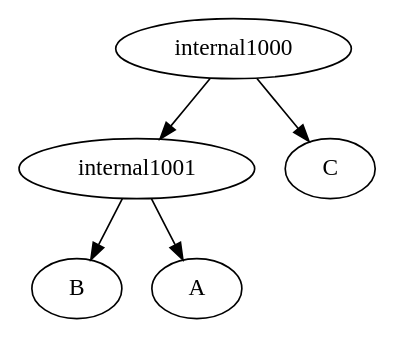
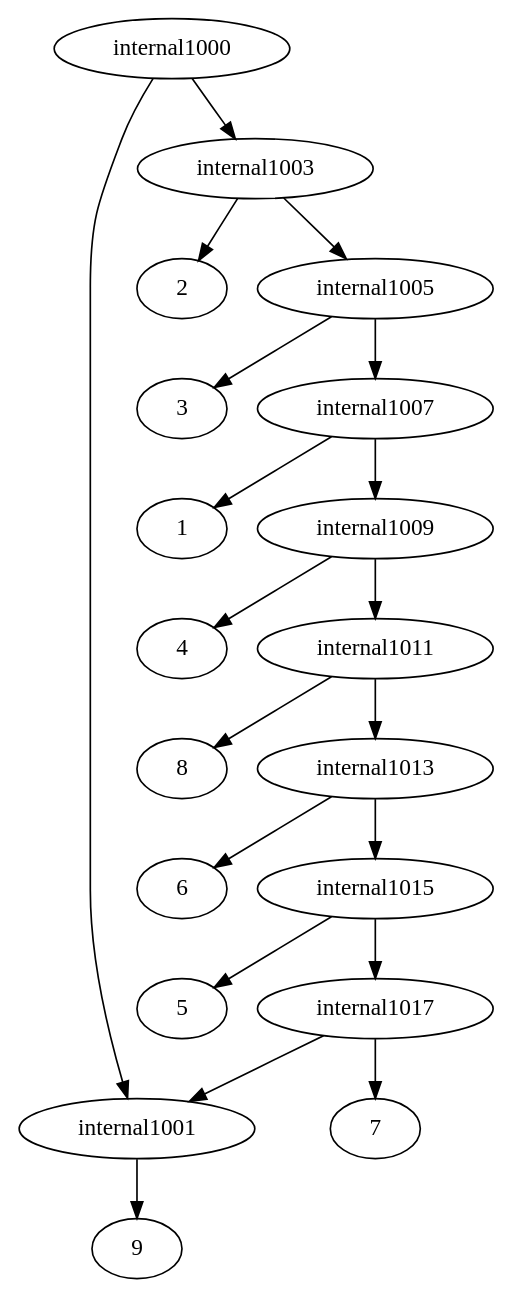
Before and after one commit to solislemuslab/phylo-knit: the diagram in src/Server/upload.dot, drawn with Graphviz. The commit also changed 8 other files, not shown here.

```diff
--- a/src/Server/upload.dot
+++ b/src/Server/upload.dot
@@ -1,6 +1,22 @@
 strict digraph G1 {
-internal1001 -> B
-internal1001 -> A
-internal1000 -> C
 internal1000 -> internal1001
+internal1000 -> internal1003
+internal1001 -> 9
+internal1003 -> 2
+internal1003 -> internal1005
+internal1005 -> 3
+internal1005 -> internal1007
+internal1007 -> 1
+internal1007 -> internal1009
+internal1009 -> 4
+internal1009 -> internal1011
+internal1011 -> 8
+internal1011 -> internal1013
+internal1013 -> 6
+internal1013 -> internal1015
+internal1015 -> 5
+internal1015 -> internal1017
+internal1017 -> 7
+internal1017 -> internal1001
+internal1001 -> 9
 }
```
